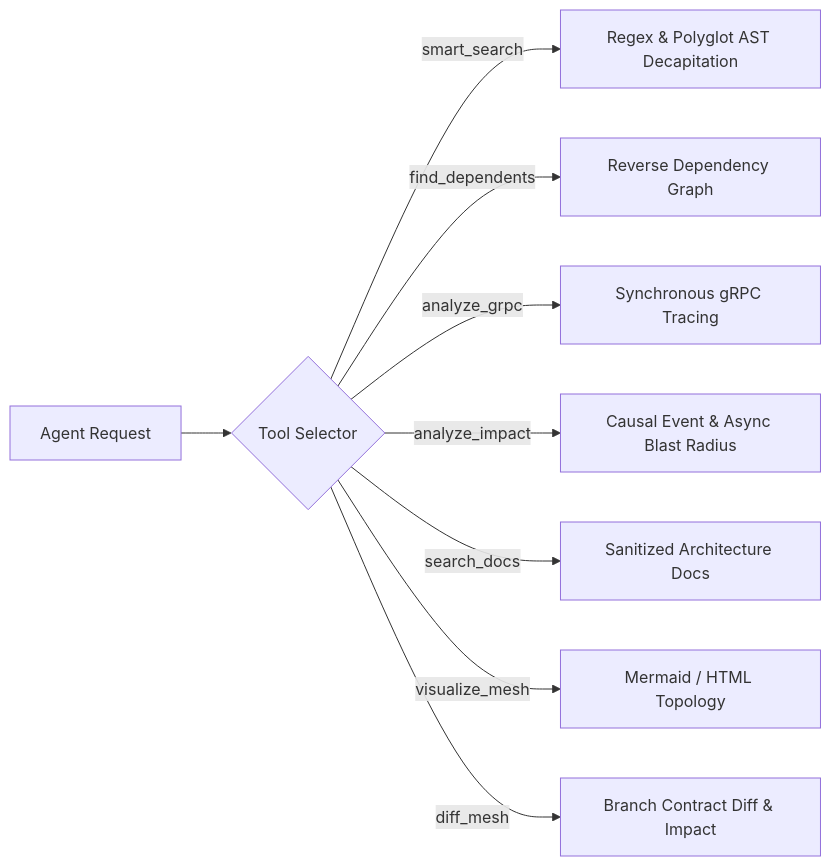
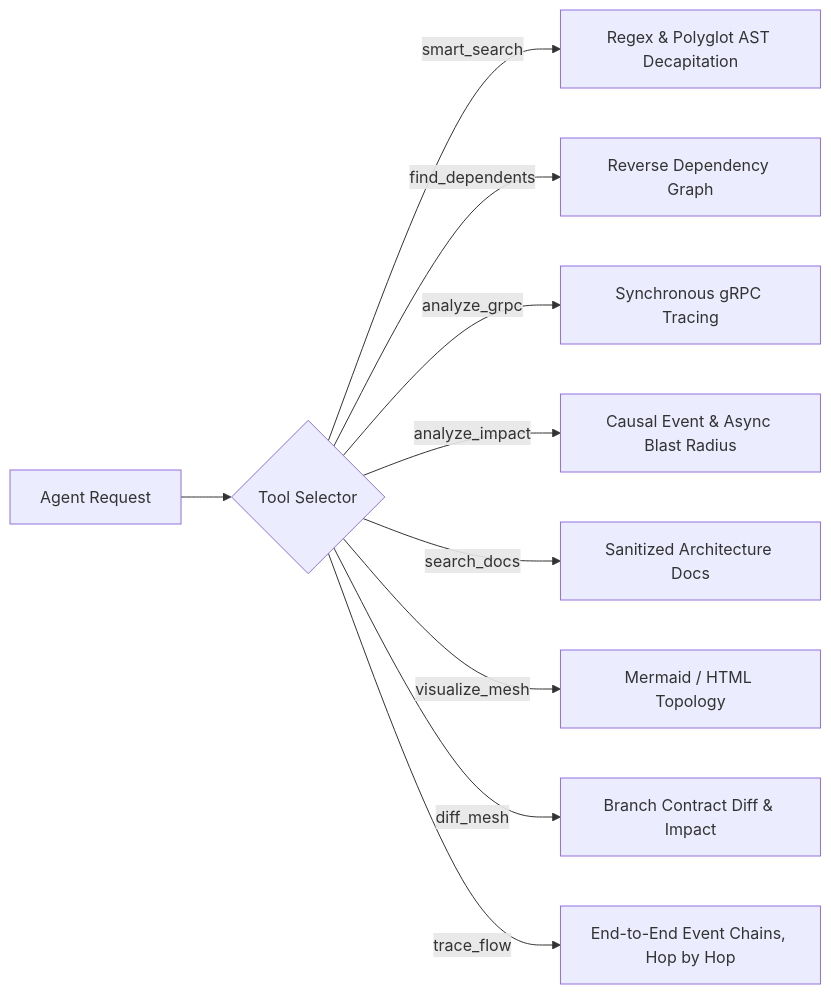
Before and after one commit to VictorAgahi/mesh-mcp: the diagram in docs/mcp-tools.md, drawn with Mermaid. The commit also changed other lines of this file and 23 other files, not shown here.

First line of the commit message:
feat(trace-flow): chain engine, trace_flow tool, analyze_impact depth > 1 on the engine (9.0 T3)

````diff
--- a/docs/mcp-tools.md
+++ b/docs/mcp-tools.md
@@ -27,11 +27,12 @@
 ```mermaid
 graph LR
     A[Agent Request] --> T{Tool Selector}
     T -->|smart_search| TS[Regex & Polyglot AST Decapitation]
     T -->|find_dependents| TD[Reverse Dependency Graph]
     T -->|analyze_grpc| TG[Synchronous gRPC Tracing]
     T -->|analyze_impact| TI[Causal Event & Async Blast Radius]
     T -->|search_docs| TDO[Sanitized Architecture Docs]
     T -->|visualize_mesh| TV[Mermaid / HTML Topology]
     T -->|diff_mesh| TDM[Branch Contract Diff & Impact]
+    T -->|trace_flow| TF[End-to-End Event Chains, Hop by Hop]
 ```
````
